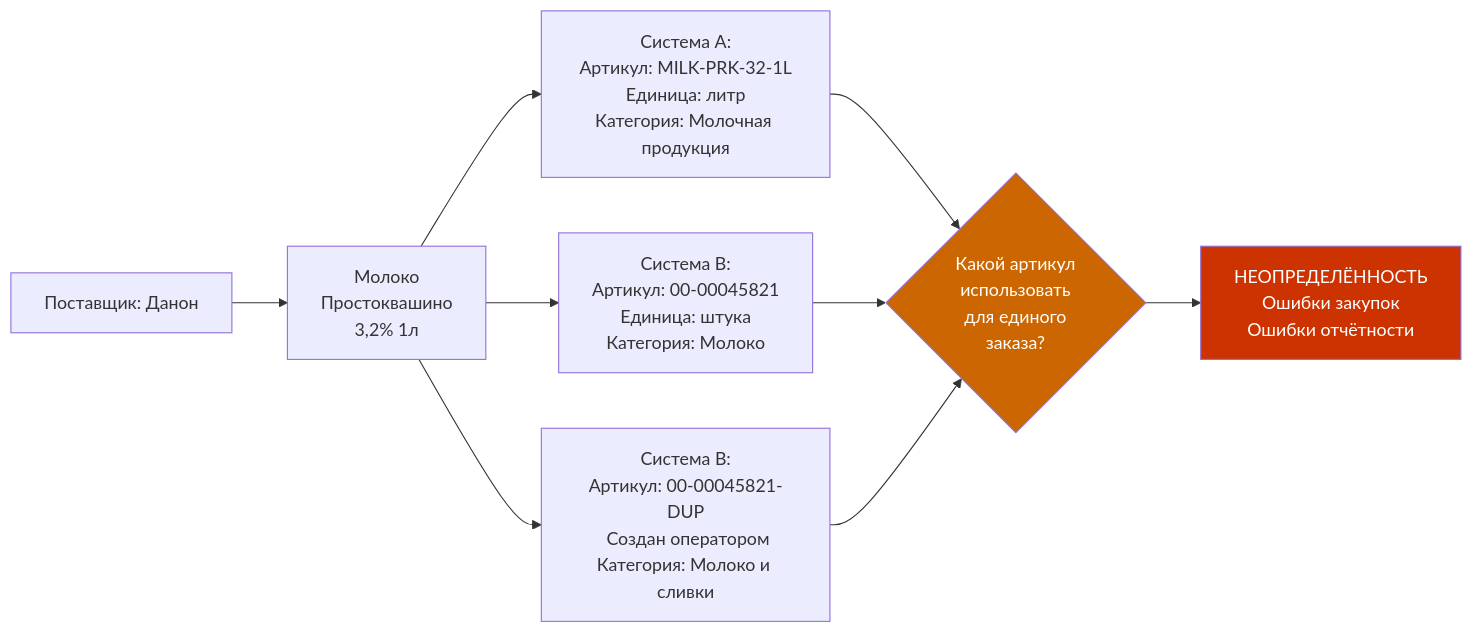
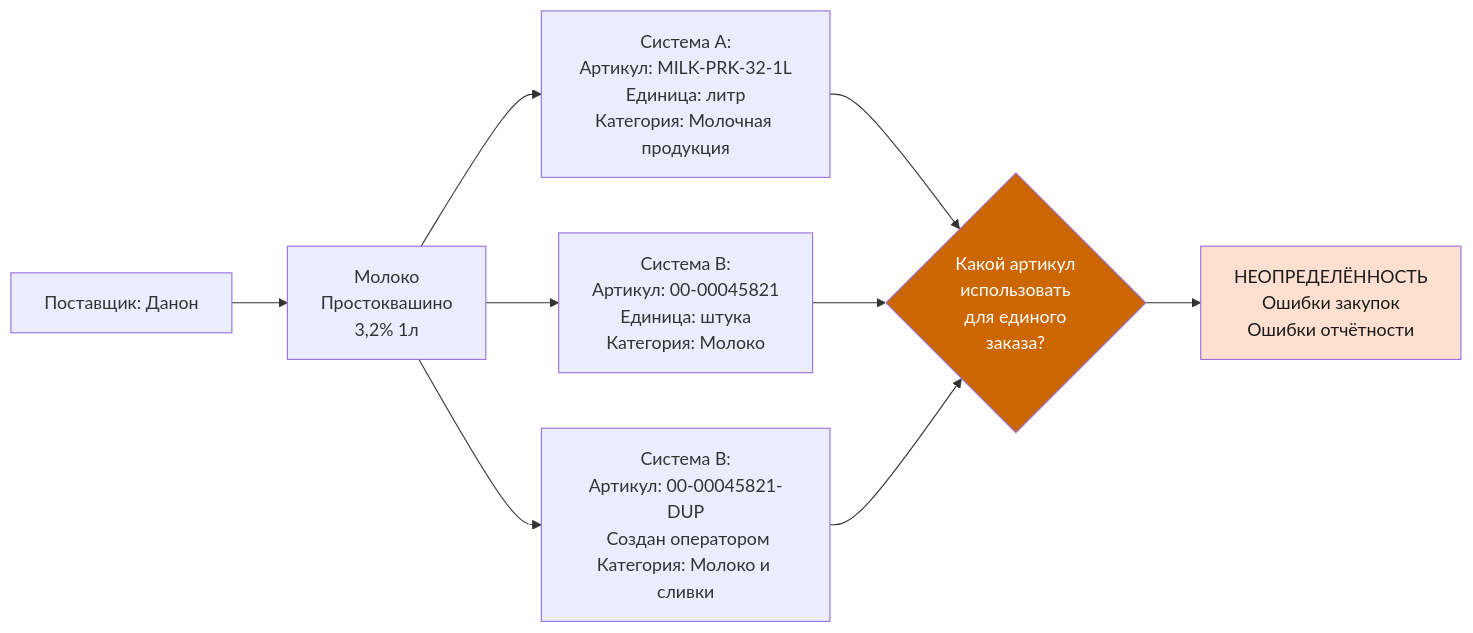
Before and after one commit to murad1986/1c-erp-quartz: the second of 11 diagrams in content/1c-erp/week_7/Неделя 7 - День 7 - История Delivery Club.md, drawn with Mermaid. The commit also changed other lines of this file and 57 other files, not shown here.

First line of the commit message:
fix: Mermaid — пастельные цвета в источниках диаграмм (56 файлов)

````diff
--- a/content/1c-erp/week_7/Неделя 7 - День 7 - История Delivery Club.md
+++ b/content/1c-erp/week_7/Неделя 7 - День 7 - История Delivery Club.md
@@ -139,14 +139,14 @@
 ```mermaid
 flowchart LR
     A[Поставщик: Данон] --> B[Молоко<br/>Простоквашино<br/>3,2% 1л]
     B --> C[Система A:<br/>Артикул: MILK-PRK-32-1L<br/>Единица: литр<br/>Категория: Молочная продукция]
     B --> D[Система B:<br/>Артикул: 00-00045821<br/>Единица: штука<br/>Категория: Молоко]
     B --> E[Система B:<br/>Артикул: 00-00045821-DUP<br/> Создан оператором<br/>Категория: Молоко и сливки]
     C --> F{Какой артикул<br/>использовать<br/>для единого<br/>заказа?}
     D --> F
     E --> F
     F --> G[НЕОПРЕДЕЛЁННОСТЬ<br/>Ошибки закупок<br/>Ошибки отчётности]
 
-    style G fill:#cc3300,color:#fff
+    style G fill:#ffe0d0,color:#1a1a1a
     style F fill:#cc6600,color:#fff
 ```
````
